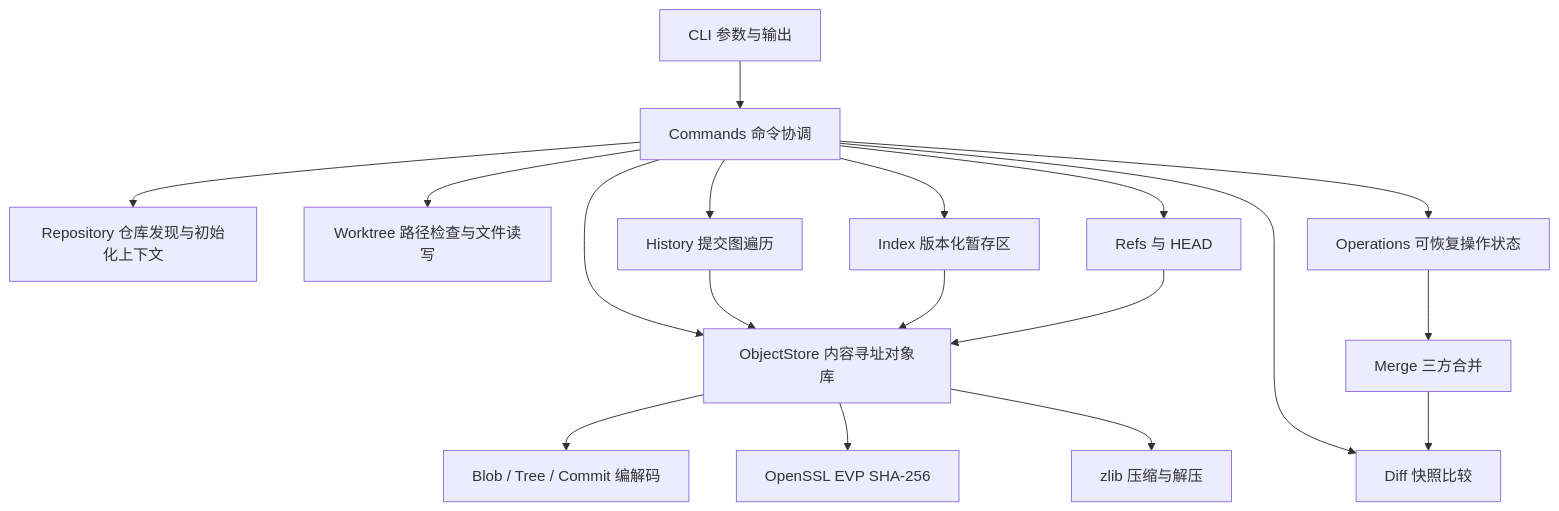
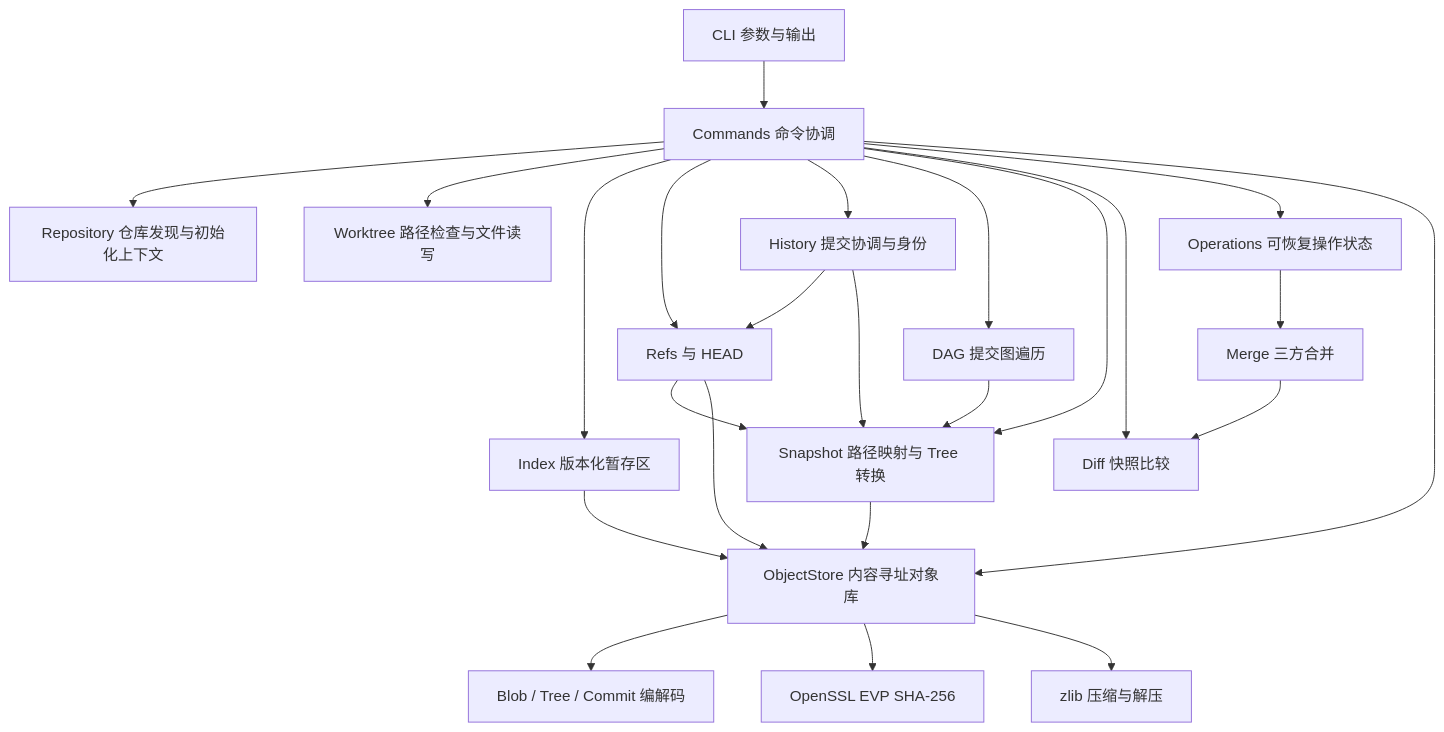
Before and after one commit to Always1010/MiniGit: the first of 2 diagrams in docs/architecture.md, drawn with Mermaid. The commit also changed other lines of this file and 17 other files, not shown here.

````diff
--- a/docs/architecture.md
+++ b/docs/architecture.md
@@ -9,20 +9,26 @@
 ```mermaid
 flowchart TD
     CLI[CLI 参数与输出] --> Commands[Commands 命令协调]
     Commands --> Repo[Repository 仓库发现与初始化上下文]
     Commands --> Worktree[Worktree 路径检查与文件读写]
     Commands --> Index[Index 版本化暂存区]
     Commands --> Refs[Refs 与 HEAD]
-    Commands --> History[History 提交图遍历]
+    Commands --> History[History 提交协调与身份]
+    Commands --> DAG[DAG 提交图遍历]
+    Commands --> Snapshot[Snapshot 路径映射与 Tree 转换]
     Commands --> Diff[Diff 快照比较]
     Commands --> Operations[Operations 可恢复操作状态]
     Commands --> Objects[ObjectStore 内容寻址对象库]
     Operations --> Merge[Merge 三方合并]
     Merge --> Diff
-    History --> Objects
+    History --> Refs
+    History --> Snapshot
+    DAG --> Snapshot
+    Refs --> Snapshot
+    Snapshot --> Objects
     Index --> Objects
     Refs --> Objects
     Objects --> Codec[Blob / Tree / Commit 编解码]
     Objects --> Hash[OpenSSL EVP SHA-256]
     Objects --> Compression[zlib 压缩与解压]
 ```
````
